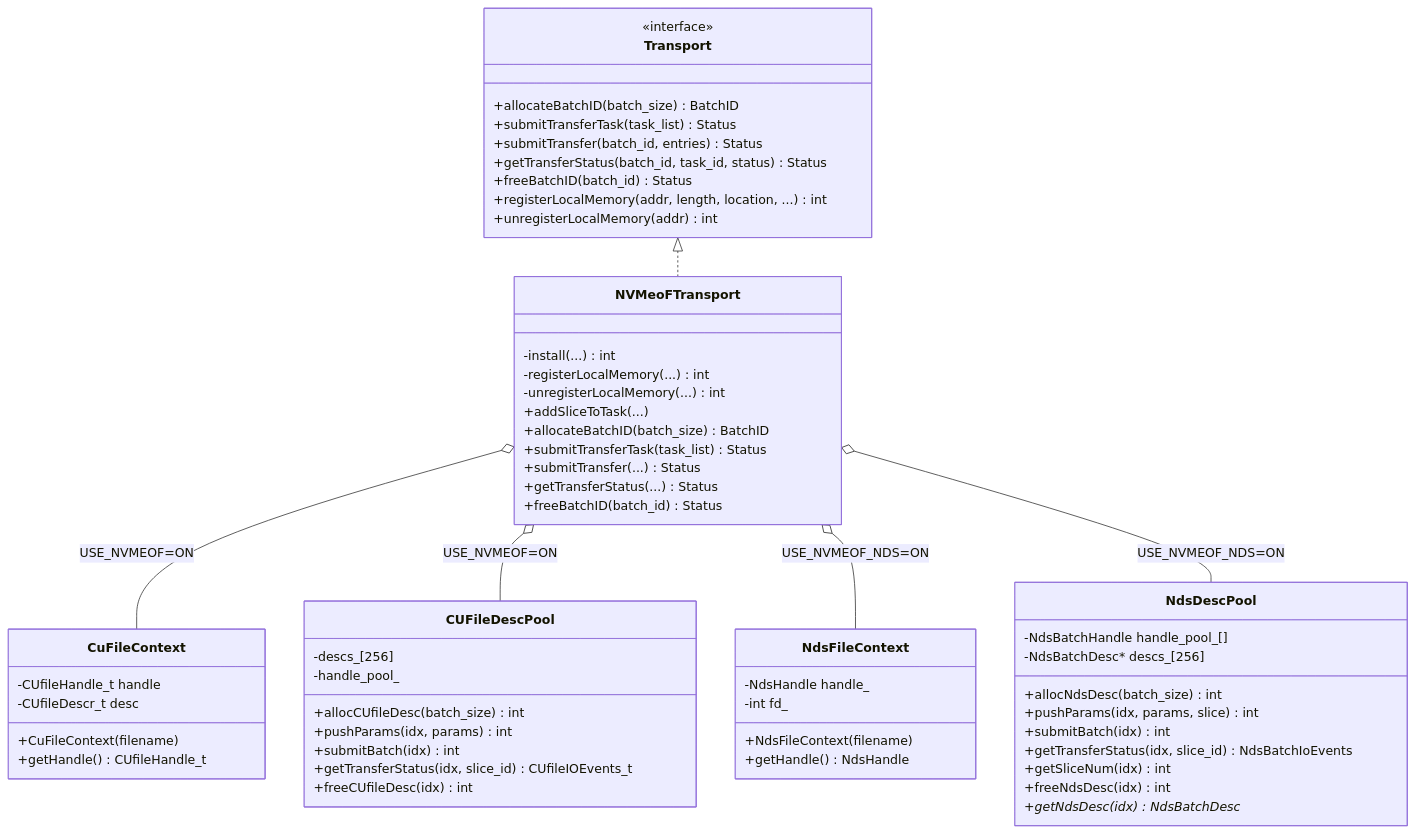
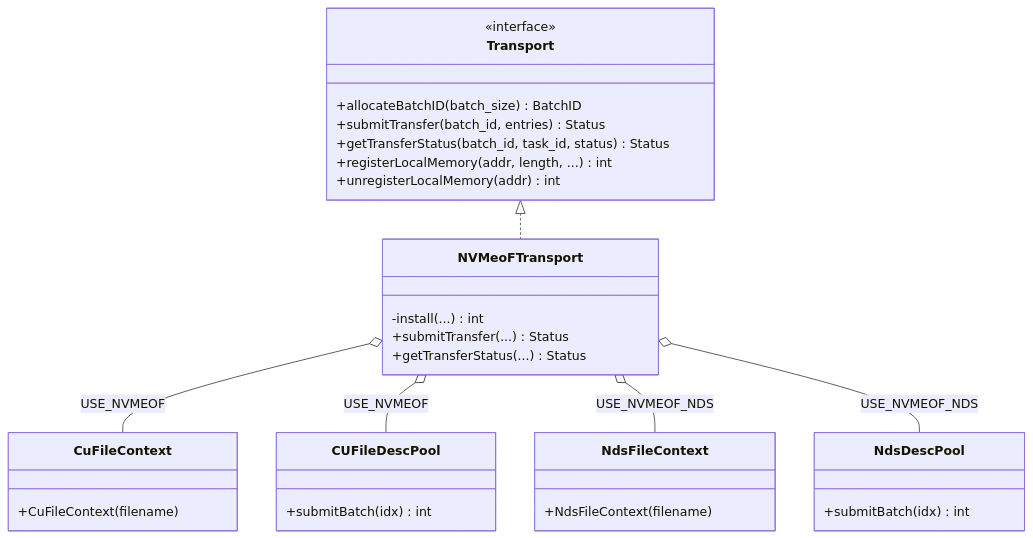
The third of 11 diagrams in docs/rfc-nds-nvmeof-transport-cn.md (yz53665/Mooncake), drawn with Mermaid before and after one commit. The commit also changed other lines of this file and 2 other files, not shown here.

````diff
--- a/docs/rfc-nds-nvmeof-transport-cn.md
+++ b/docs/rfc-nds-nvmeof-transport-cn.md
@@ -167,67 +109,26 @@
 ```mermaid
 classDiagram
     class Transport {
         <<interface>>
         +allocateBatchID(batch_size) BatchID
-        +submitTransferTask(task_list) Status
         +submitTransfer(batch_id, entries) Status
         +getTransferStatus(batch_id, task_id, status) Status
-        +freeBatchID(batch_id) Status
-        +registerLocalMemory(addr, length, location, ...) int
+        +registerLocalMemory(addr, length, ...) int
         +unregisterLocalMemory(addr) int
     }
-
     class NVMeoFTransport {
         -install(...) int
-        -registerLocalMemory(...) int
-        -unregisterLocalMemory(...) int
-        +addSliceToTask(...)
-        +allocateBatchID(batch_size) BatchID
-        +submitTransferTask(task_list) Status
         +submitTransfer(...) Status
         +getTransferStatus(...) Status
-        +freeBatchID(batch_id) Status
     }
-
-    class CuFileContext {
-        -CUfileHandle_t handle
-        -CUfileDescr_t desc
-        +CuFileContext(filename)
-        +getHandle() CUfileHandle_t
-    }
-
-    class CUFileDescPool {
-        -descs_[256]
-        -handle_pool_
-        +allocCUfileDesc(batch_size) int
-        +pushParams(idx, params) int
-        +submitBatch(idx) int
-        +getTransferStatus(idx, slice_id) CUfileIOEvents_t
-        +freeCUfileDesc(idx) int
-    }
-
-    class NdsDescPool {
-        -NdsBatchHandle handle_pool_[]
-        -NdsBatchDesc* descs_[256]
-        +allocNdsDesc(batch_size) int
-        +pushParams(idx, params, slice) int
-        +submitBatch(idx) int
-        +getTransferStatus(idx, slice_id) NdsBatchIoEvents
-        +getSliceNum(idx) int
-        +freeNdsDesc(idx) int
-        +getNdsDesc(idx) NdsBatchDesc*
-    }
-
-    class NdsFileContext {
-        -NdsHandle handle_
-        -int fd_
-        +NdsFileContext(filename)
-        +getHandle() NdsHandle
-    }
+    class CuFileContext { +CuFileContext(filename) }
+    class CUFileDescPool { +submitBatch(idx) int }
+    class NdsDescPool { +submitBatch(idx) int }
+    class NdsFileContext { +NdsFileContext(filename) }
 
     Transport <|.. NVMeoFTransport
-    NVMeoFTransport o-- CuFileContext : USE_NVMEOF=ON
-    NVMeoFTransport o-- CUFileDescPool : USE_NVMEOF=ON
-    NVMeoFTransport o-- NdsFileContext : USE_NVMEOF_NDS=ON
-    NVMeoFTransport o-- NdsDescPool : USE_NVMEOF_NDS=ON
+    NVMeoFTransport o-- CuFileContext : USE_NVMEOF
+    NVMeoFTransport o-- CUFileDescPool : USE_NVMEOF
+    NVMeoFTransport o-- NdsFileContext : USE_NVMEOF_NDS
+    NVMeoFTransport o-- NdsDescPool : USE_NVMEOF_NDS
 ```
````
